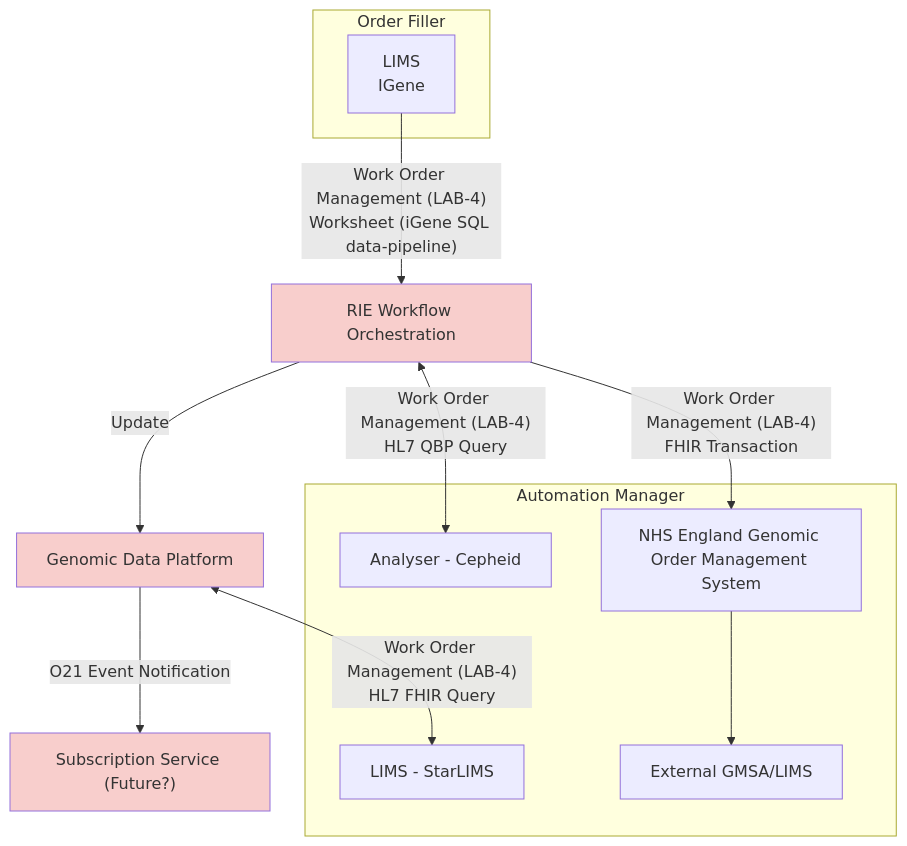
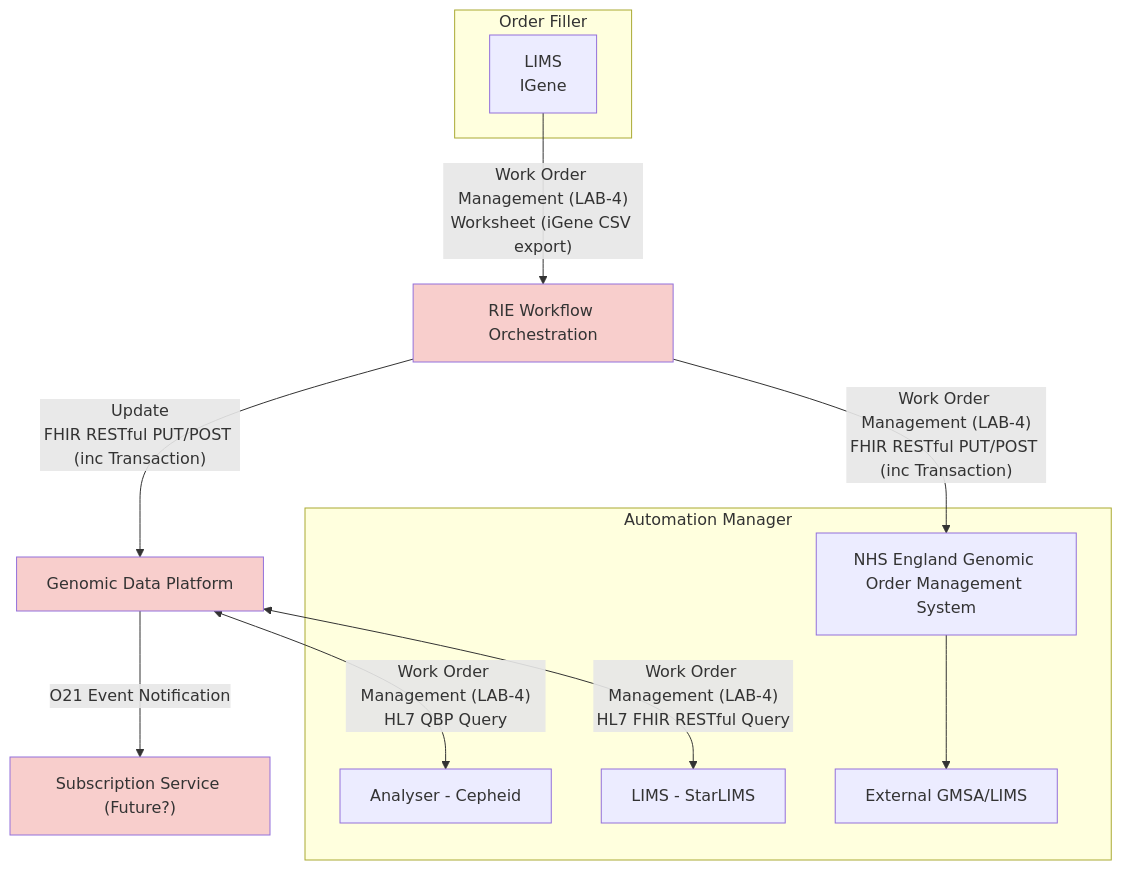
Before and after one commit to nw-gmsa/nw-gmsa.github.com: the ninth of 10 diagrams in input/pagecontent/LTW.md, drawn with Mermaid. The commit also changed other lines of this file, not shown here.

Commit message:
Validation fixes

````diff
--- a/input/pagecontent/LTW.md
+++ b/input/pagecontent/LTW.md
@@ -419,33 +419,33 @@
 ```mermaid
 graph TD
 
 subgraph GenomicLIMS["Order Filler"];
     iGene[LIMS<br/>IGene]
 end
 
 RIE4["RIE Workflow Orchestration"]
 
 subgraph OrderFiller["Automation Manager"];
     Cepheid[Analyser - Cepheid]
     StarLIMS[LIMS - StarLIMS]
     GOMS["NHS England Genomic Order Management System"] 
     ExtLIMS[External GMSA/LIMS]
 end 
 
 GDP["Genomic Data Platform"]
 PubSub["Subscription Service (Future?)"]
 
-RIE4 --> |Update| GDP
+RIE4 --> |"Update<br/>FHIR RESTful PUT/POST (inc Transaction)"| GDP
 GDP --> |O21 Event Notification| PubSub
 
-iGene --> |"Work Order Management (LAB-4)<br/>Worksheet (iGene SQL data-pipeline)"| RIE4
-RIE4 <--> |"Work Order Management (LAB-4)<br/>HL7 QBP Query"| Cepheid
-GDP <--> |"Work Order Management (LAB-4)<br/>HL7 FHIR Query"| StarLIMS
-RIE4 --> |"Work Order Management (LAB-4)<br/>FHIR Transaction"| GOMS
+iGene --> |"Work Order Management (LAB-4)<br/>Worksheet (iGene CSV export)"| RIE4
+GDP <--> |"Work Order Management (LAB-4)<br/>HL7 QBP Query"| Cepheid
+GDP <--> |"Work Order Management (LAB-4)<br/>HL7 FHIR RESTful Query"| StarLIMS
+RIE4 --> |"Work Order Management (LAB-4)<br/>FHIR RESTful PUT/POST (inc Transaction)"| GOMS
 GOMS --> ExtLIMS
 
 classDef purple fill:#E1D5E7;
 classDef pink fill:#F8CECC;
 
 class GDP,RIE4,PubSub,VCFFHIR pink;
 ```
````
